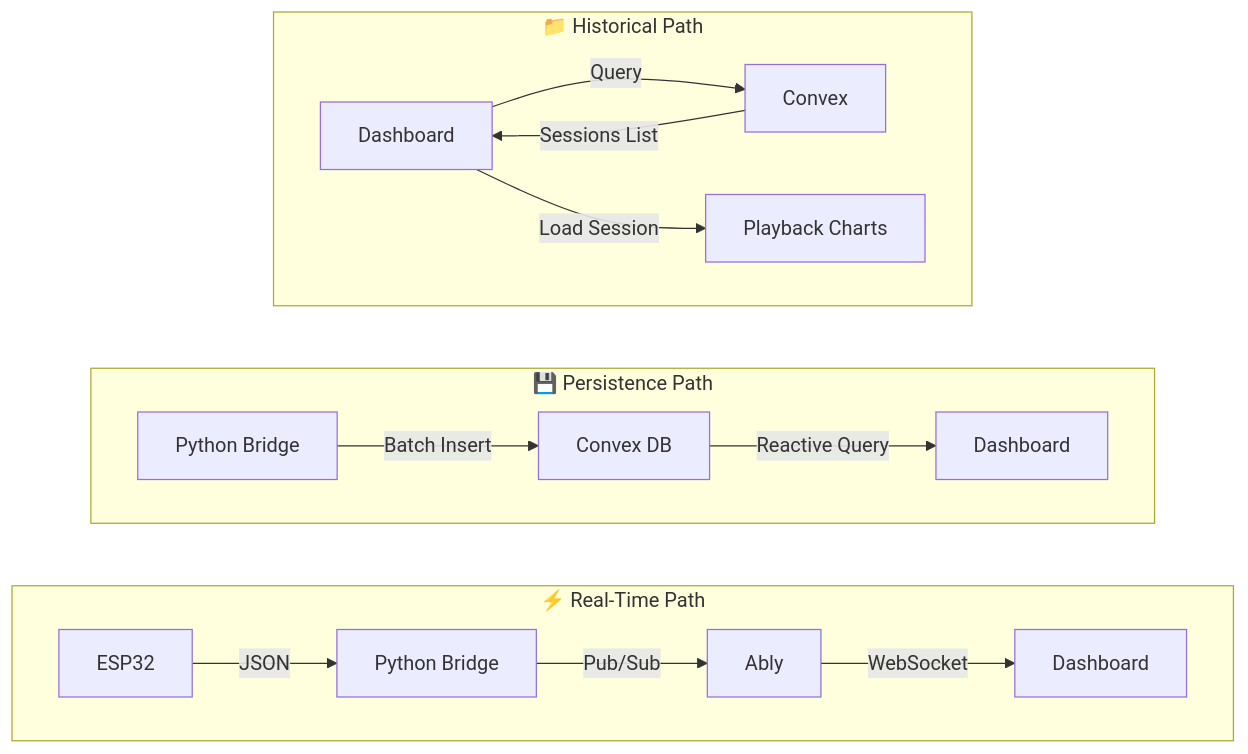
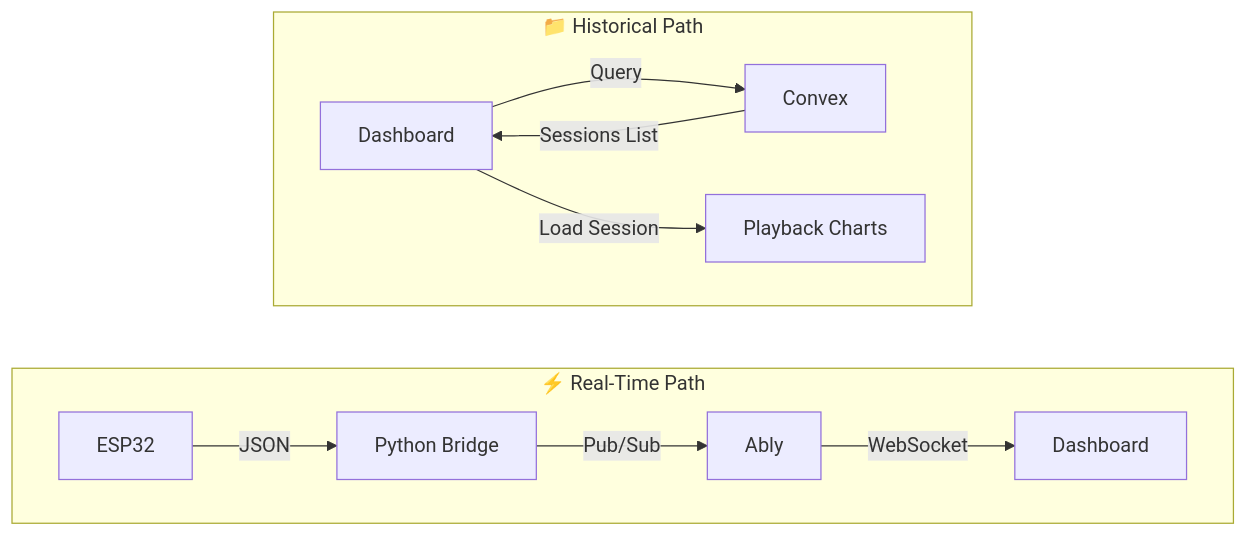
The third of 3 diagrams in README.md (ChosF/TelemetryDashboard), drawn with Mermaid before and after one commit. The commit also changed other lines of this file, not shown here.

First line of the commit message:
Remove Persistence Path and Technology Stack sections

````diff
--- a/README.md
+++ b/README.md
@@ -125,22 +125,17 @@
 ```mermaid
 flowchart LR
     subgraph Realtime["⚡ Real-Time Path"]
         direction LR
         E1[ESP32] -->|JSON| P1[Python Bridge]
         P1 -->|Pub/Sub| A1[Ably]
         A1 -->|WebSocket| D1[Dashboard]
     end
 
-    subgraph Persistence["💾 Persistence Path"]
-        direction LR
-        P2[Python Bridge] -->|Batch Insert| C1[Convex DB]
-        C1 -->|Reactive Query| D2[Dashboard]
-    end
 
     subgraph Historical["📁 Historical Path"]
         direction LR
         D3[Dashboard] -->|Query| C2[Convex]
         C2 -->|Sessions List| D3
         D3 -->|Load Session| Charts2[Playback Charts]
     end
 ```
````
